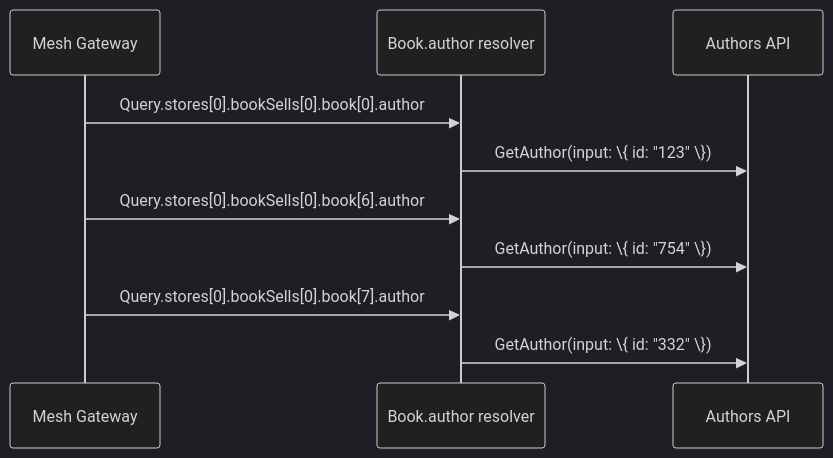
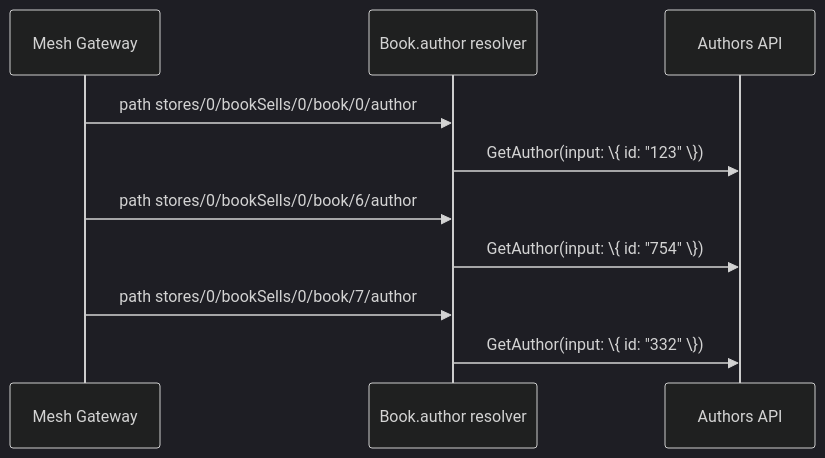
Before and after one commit to ardatan/graphql-mesh: the second of 3 diagrams in website/src/content/docs/guides/batching.mdx, drawn with Mermaid (dark theme). The commit also changed other lines of this file and 17 other files, not shown here.

First line of the commit message:
docs: prefer Spec Schema Coordinates in guides and examples

````diff
--- a/website/src/content/docs/guides/batching.mdx
+++ b/website/src/content/docs/guides/batching.mdx
@@ -63,12 +63,12 @@
 ```mermaid
 sequenceDiagram
 participant Mesh Gateway
 participant Book.author resolver
 participant Authors API
-Mesh Gateway->>Book.author resolver: Query.stores[0].bookSells[0].book[0].author
+Mesh Gateway->>Book.author resolver: path stores/0/bookSells/0/book/0/author
 Book.author resolver->>Authors API: GetAuthor(input: \{ id: "123" \})
-Mesh Gateway->>Book.author resolver: Query.stores[0].bookSells[0].book[6].author
+Mesh Gateway->>Book.author resolver: path stores/0/bookSells/0/book/6/author
 Book.author resolver->>Authors API: GetAuthor(input: \{ id: "754" \})
-Mesh Gateway->>Book.author resolver: Query.stores[0].bookSells[0].book[7].author
+Mesh Gateway->>Book.author resolver: path stores/0/bookSells/0/book/7/author
 Book.author resolver->>Authors API: GetAuthor(input: \{ id: "332" \})
 ```
````
